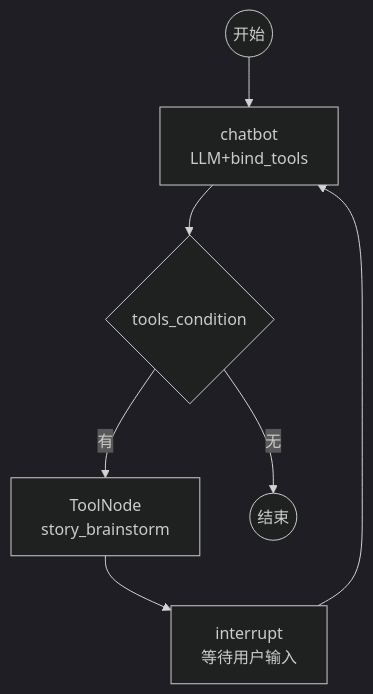
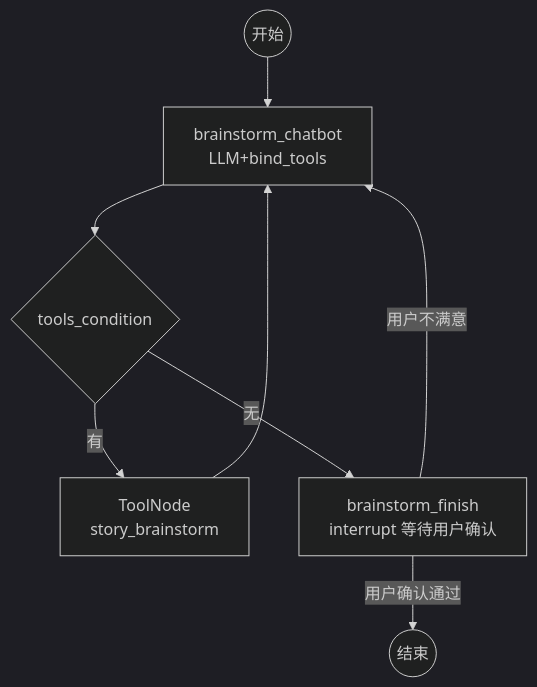
The diagram in langgraph-writer/docs/subgraph_构思.mmd (30998772/novelist), drawn with Mermaid (dark theme) before and after one commit. The commit also changed 30 other files, not shown here.

```diff
--- a/langgraph-writer/docs/subgraph_构思.mmd
+++ b/langgraph-writer/docs/subgraph_构思.mmd
@@ -1,7 +1,8 @@
 graph TB
-    START((开始)) --> CHATBOT["chatbot<br/>LLM+bind_tools"]
+    START((开始)) --> CHATBOT["brainstorm_chatbot<br/>LLM+bind_tools"]
     CHATBOT --> TC{"tools_condition"}
     TC -- "有" --> TOOLS["ToolNode<br/>story_brainstorm"]
-    TC -- "无" --> END((结束))
-    TOOLS --> INTERRUPT["interrupt<br/>等待用户输入"]
-    INTERRUPT --> CHATBOT
+    TC -- "无" --> FINISH["brainstorm_finish<br/>interrupt 等待用户确认"]
+    TOOLS --> CHATBOT
+    FINISH -- "用户确认通过" --> END((结束))
+    FINISH -- "用户不满意" --> CHATBOT
```
